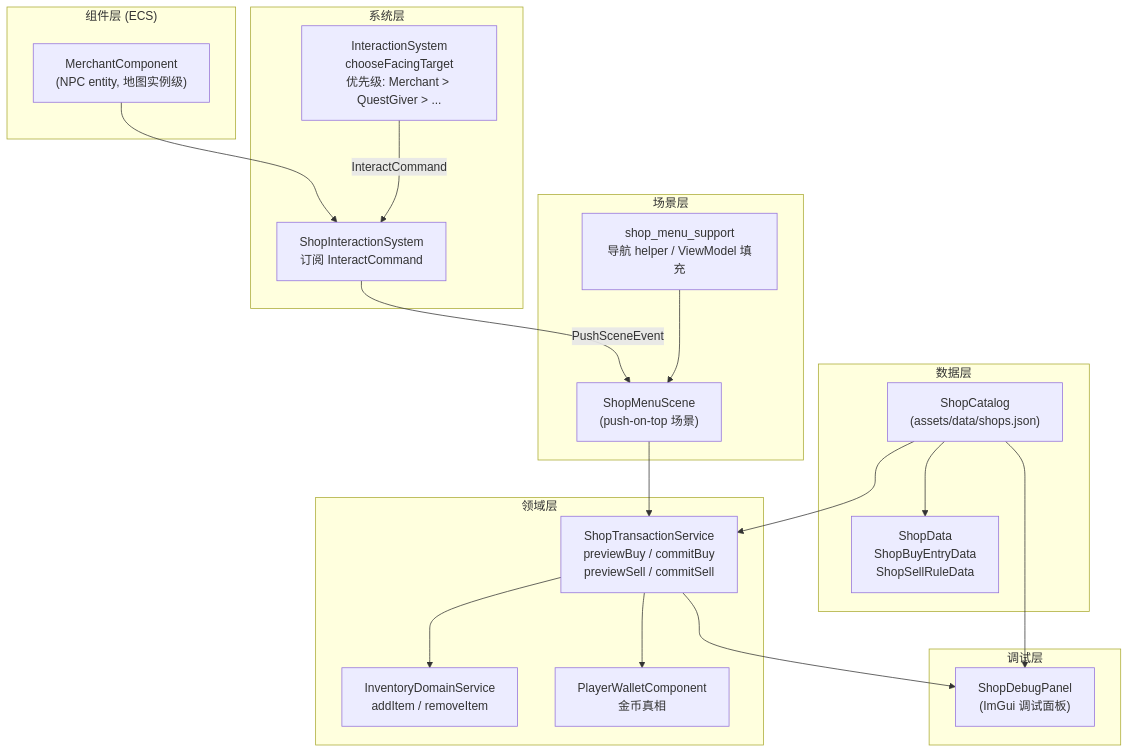
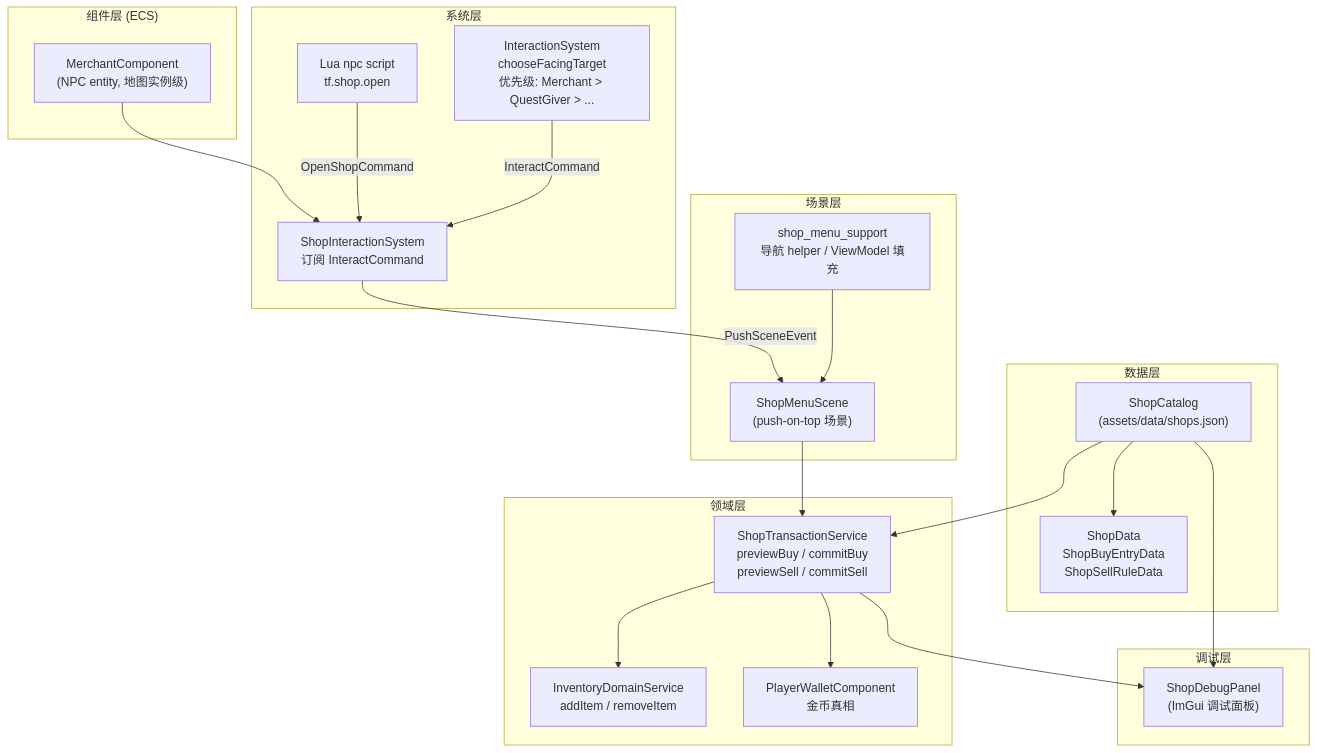
One commit to WispSnow/TinyFarmRPG changed the first of 4 diagrams in docs/gameplay/shop-system.md. Above: the diagram before and after it, drawn with Mermaid. The commit also changed other lines of this file and 12 other files, not shown here.

````diff
--- a/docs/gameplay/shop-system.md
+++ b/docs/gameplay/shop-system.md
@@ -14,43 +14,45 @@
 ```mermaid
 graph TD
     subgraph "数据层"
         SC["ShopCatalog<br/>(assets/data/shops.json)"]
         SD["ShopData<br/>ShopBuyEntryData<br/>ShopSellRuleData"]
     end
 
     subgraph "组件层 (ECS)"
         MC["MerchantComponent<br/>(NPC entity, 地图实例级)"]
     end
 
     subgraph "领域层"
         STS["ShopTransactionService<br/>previewBuy / commitBuy<br/>previewSell / commitSell"]
         INV["InventoryDomainService<br/>addItem / removeItem"]
         WAL["PlayerWalletComponent<br/>金币真相"]
     end
 
     subgraph "系统层"
         SIS["ShopInteractionSystem<br/>订阅 InteractCommand"]
+        LUA["Lua npc script<br/>tf.shop.open"]
         IS["InteractionSystem<br/>chooseFacingTarget<br/>优先级: Merchant > QuestGiver > ..."]
     end
 
     subgraph "场景层"
         SMS["ShopMenuScene<br/>(push-on-top 场景)"]
         SUP["shop_menu_support<br/>导航 helper / ViewModel 填充"]
     end
 
     subgraph "调试层"
         SDP["ShopDebugPanel<br/>(ImGui 调试面板)"]
     end
 
     SC --> SD
     MC --> SIS
+    LUA -->|OpenShopCommand| SIS
     IS -->|InteractCommand| SIS
     SIS -->|PushSceneEvent| SMS
     SMS --> STS
     STS --> INV
     STS --> WAL
     SC --> STS
     SUP --> SMS
     SC --> SDP
     STS --> SDP
 ```
````
